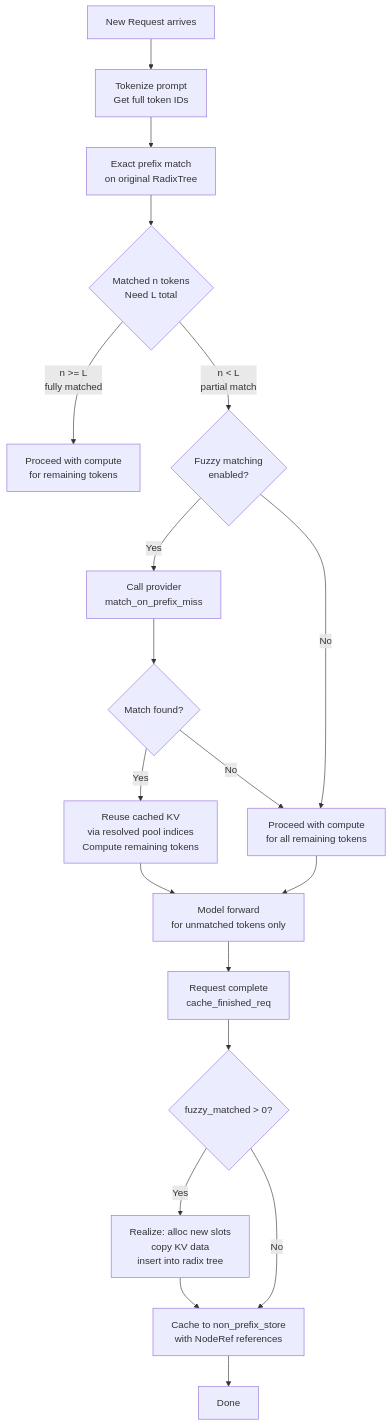
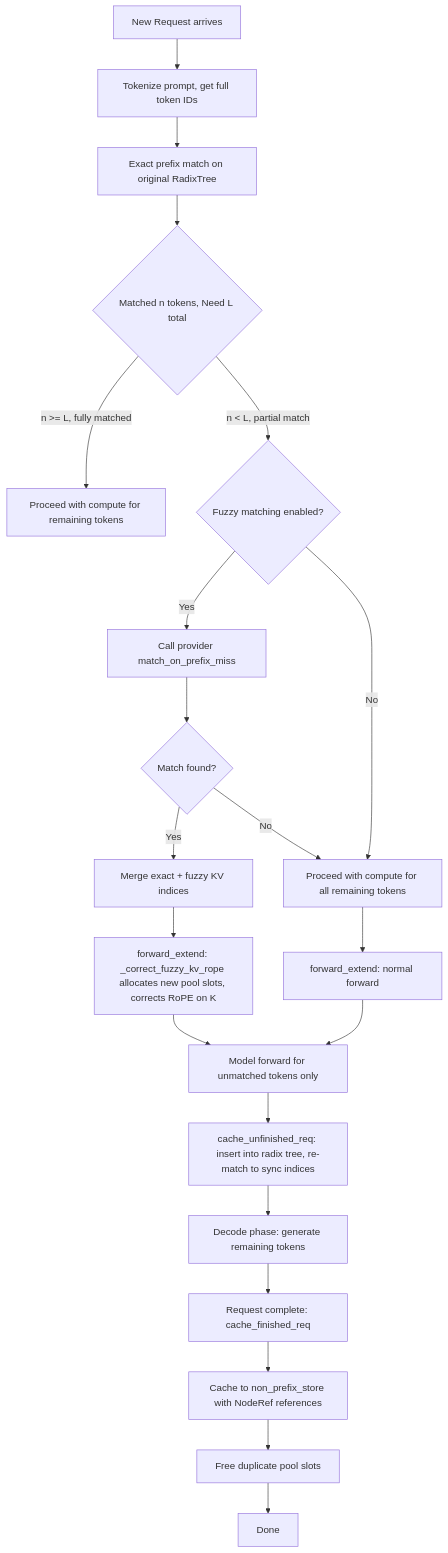
One commit to sgl-project/sglang changed the first of 2 diagrams in Draft_Prefix_Matching.md. Above: the diagram before and after it, drawn with Mermaid. The commit also changed other lines of this file and 4 other files, not shown here.

````diff
--- a/Draft_Prefix_Matching.md
+++ b/Draft_Prefix_Matching.md
@@ -839,22 +796,25 @@
 ```mermaid
 flowchart TD
-    A[New Request arrives] --> B[Tokenize prompt\nGet full token IDs]
-    B --> C[Exact prefix match\non original RadixTree]
-    C --> D{Matched n tokens\nNeed L total}
-    D -->|n >= L\nfully matched| E[Proceed with compute\nfor remaining tokens]
-    D -->|n < L\npartial match| F{Fuzzy matching\nenabled?}
-    F -->|Yes| G[Call provider\nmatch_on_prefix_miss]
-    F -->|No| H[Proceed with compute\nfor all remaining tokens]
+    A[New Request arrives] --> B[Tokenize prompt, get full token IDs]
+    B --> C[Exact prefix match on original RadixTree]
+    C --> D{Matched n tokens, Need L total}
+    D -->|n >= L, fully matched| E[Proceed with compute for remaining tokens]
+    D -->|n < L, partial match| F{Fuzzy matching enabled?}
+    F -->|Yes| G[Call provider match_on_prefix_miss]
+    F -->|No| H[Proceed with compute for all remaining tokens]
     G --> I{Match found?}
-    I -->|Yes| J[Reuse cached KV\nvia resolved pool indices\nCompute remaining tokens]
+    I -->|Yes| J[Merge exact + fuzzy KV indices]
     I -->|No| H
-    J --> K[Model forward\nfor unmatched tokens only]
-    H --> K
-    K --> L[Request complete\ncache_finished_req]
-    L --> M{fuzzy_matched > 0?}
-    M -->|Yes| N[Realize: alloc new slots\ncopy KV data\ninsert into radix tree]
-    M -->|No| O[Cache to non_prefix_store\nwith NodeRef references]
-    N --> O
-    O --> P[Done]
+    J --> K[forward_extend: _correct_fuzzy_kv_rope allocates new pool slots, corrects RoPE on K]
+    H --> K2[forward_extend: normal forward]
+    K --> L[Model forward for unmatched tokens only]
+    K2 --> L
+    L --> M[cache_unfinished_req: insert into radix tree, re-match to sync indices]
+    M --> N[Decode phase: generate remaining tokens]
+    N --> O[Request complete: cache_finished_req]
+    O --> P[Cache to non_prefix_store with NodeRef references]
+    P --> Q[Free duplicate pool slots]
+    Q --> R[Done]
+
 
 ```
````
